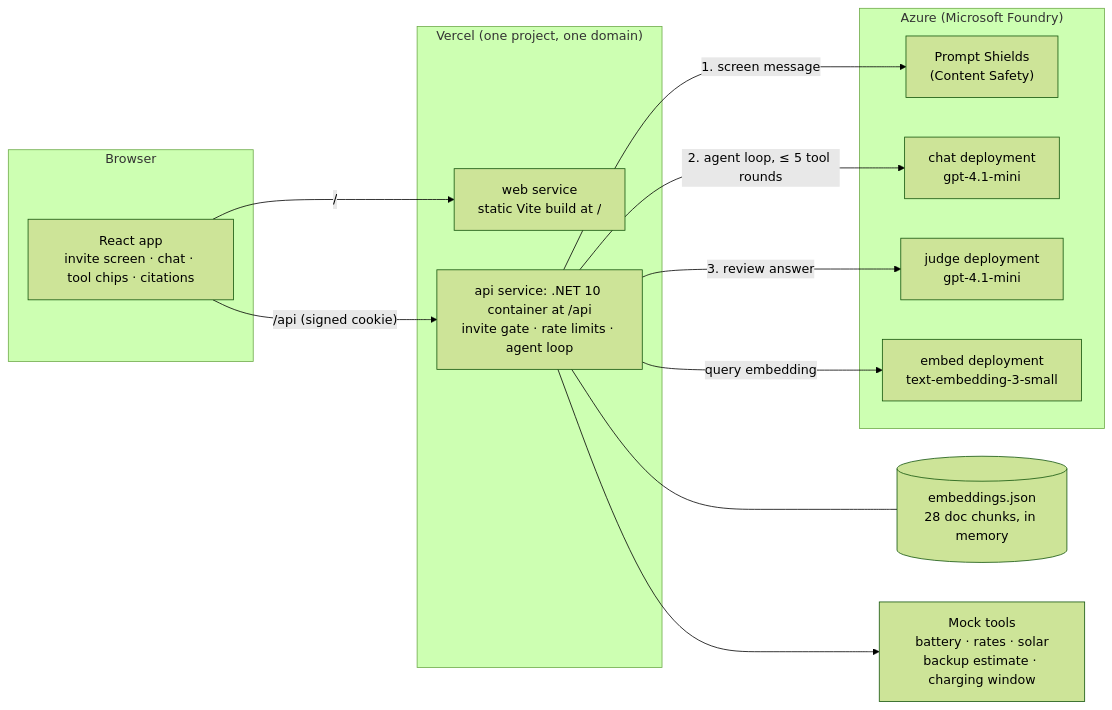
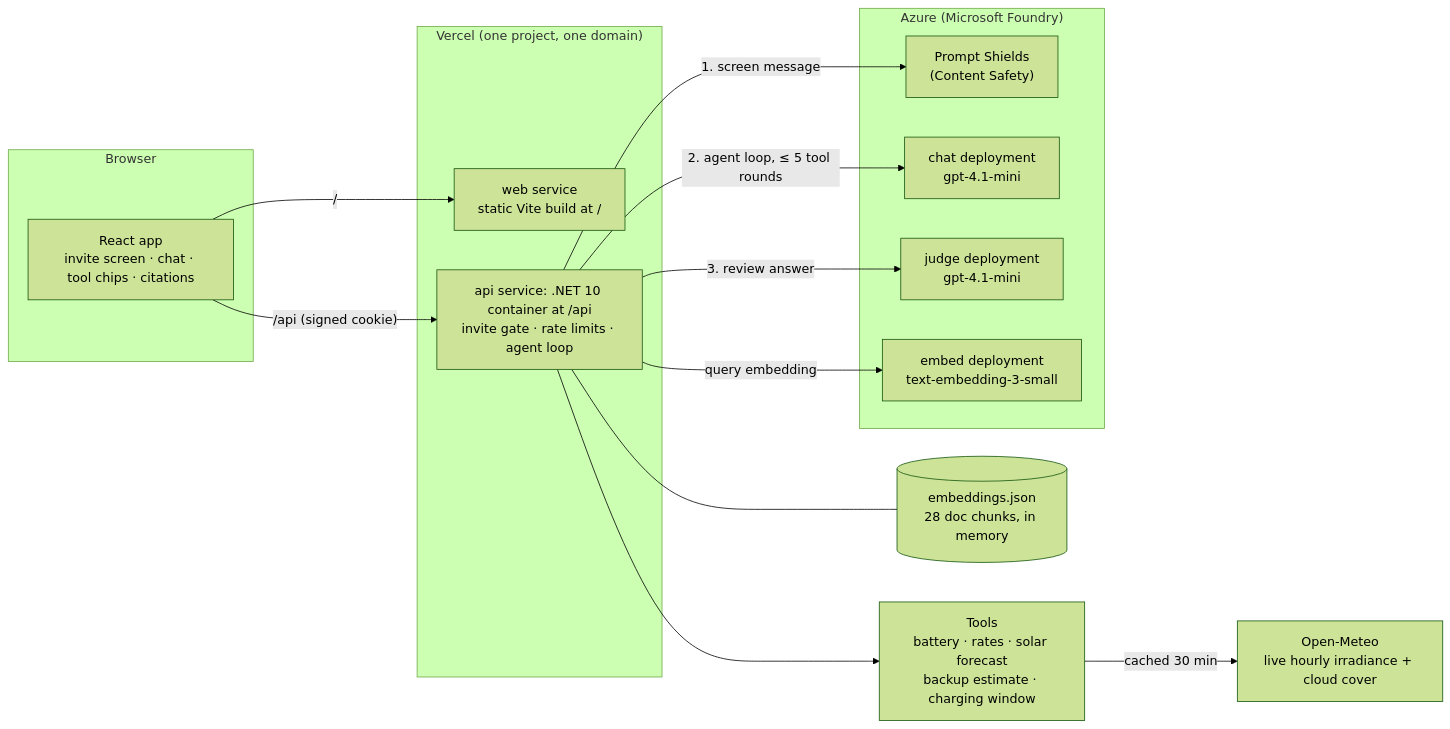
The diagram in README.md (JasonAdamHD/kilowattcher), drawn with Mermaid (forest theme) before and after one commit. The commit also changed other lines of this file and 25 other files, not shown here.

First line of the commit message:
feat: real-time solar forecasts from Open-Meteo, and charging plans for any night (#14)

````diff
--- a/README.md
+++ b/README.md
@@ -23,30 +24,32 @@
 ```mermaid
 flowchart LR
     subgraph Browser
         UI["React app<br/>invite screen · chat · tool chips · citations"]
     end
 
     subgraph Vercel["Vercel (one project, one domain)"]
         WEB["web service<br/>static Vite build at /"]
         API["api service: .NET 10 container at /api<br/>invite gate · rate limits · agent loop"]
     end
 
     subgraph Azure["Azure (Microsoft Foundry)"]
         SHIELD["Prompt Shields<br/>(Content Safety)"]
         CHAT["chat deployment<br/>gpt-4.1-mini"]
         JUDGE["judge deployment<br/>gpt-4.1-mini"]
         EMBED["embed deployment<br/>text-embedding-3-small"]
     end
 
     DATA[("embeddings.json<br/>28 doc chunks, in memory")]
-    TOOLS["Mock tools<br/>battery · rates · solar<br/>backup estimate · charging window"]
+    TOOLS["Tools<br/>battery · rates · solar forecast<br/>backup estimate · charging window"]
+    METEO["Open-Meteo<br/>live hourly irradiance + cloud cover"]
 
     UI -->|"/"| WEB
     UI -->|"/api (signed cookie)"| API
     API -->|1. screen message| SHIELD
     API -->|2. agent loop, ≤ 5 tool rounds| CHAT
     API --> TOOLS
+    TOOLS -->|"cached 30 min"| METEO
     API -->|query embedding| EMBED
     API --- DATA
     API -->|3. review answer| JUDGE
 ```
````
